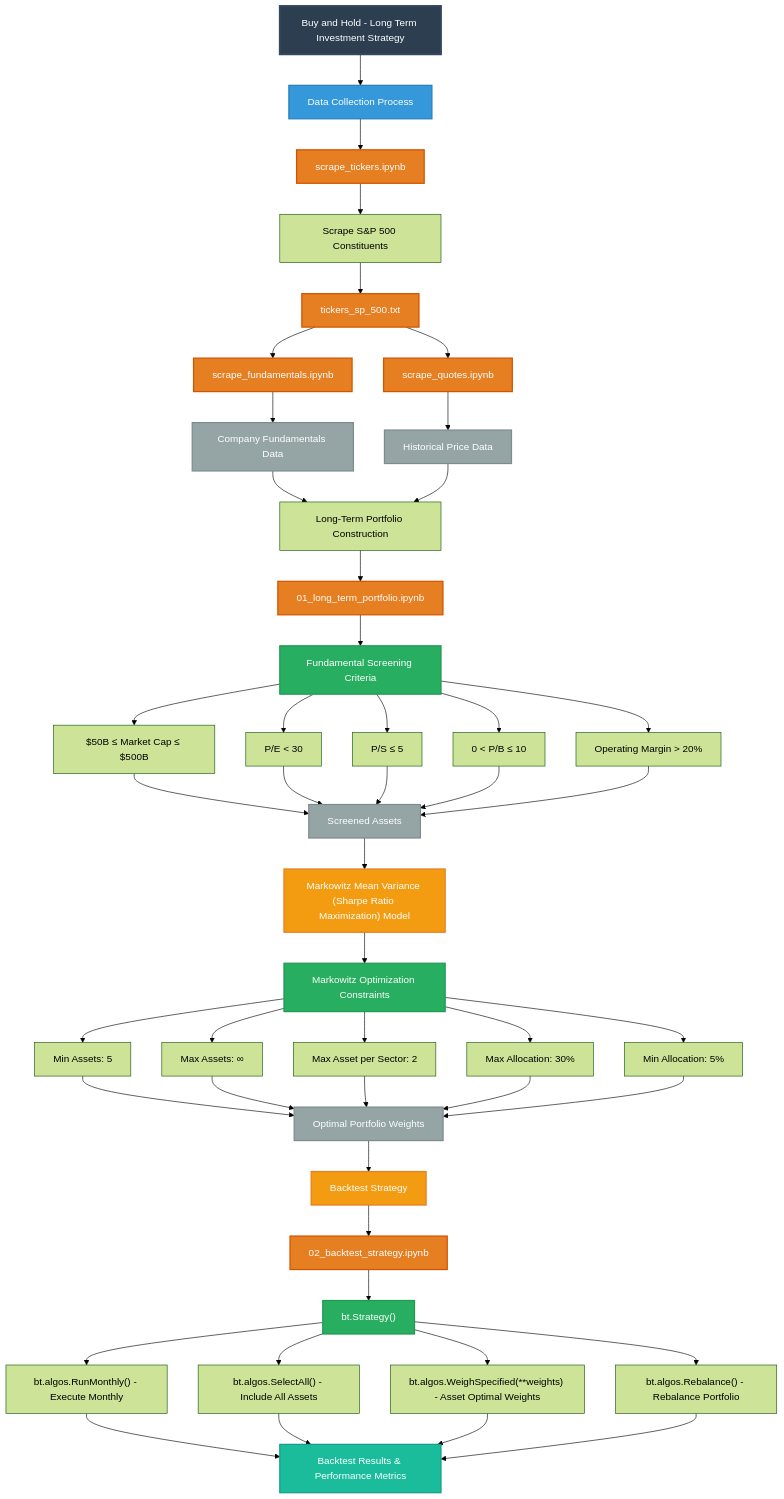
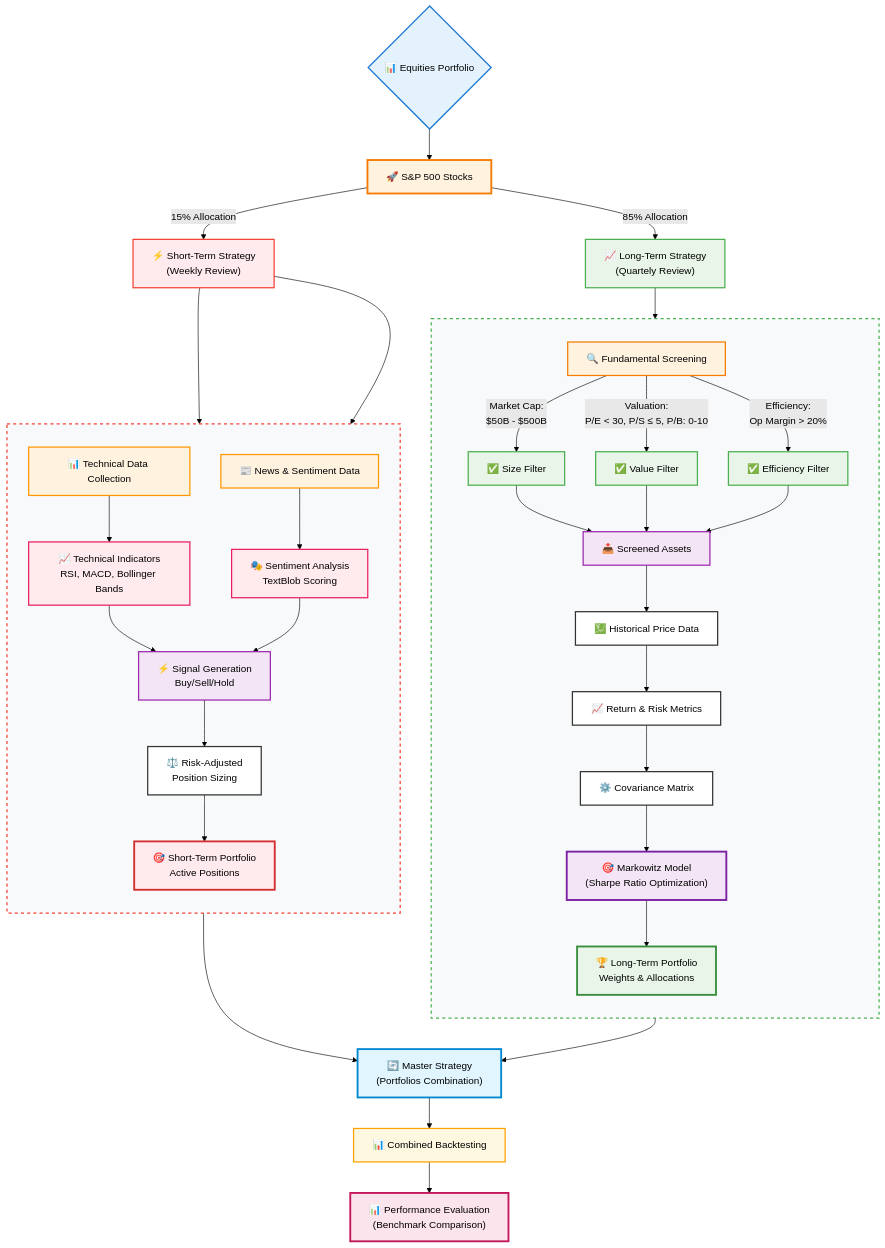
The second of 2 diagrams in README.md (renan-peres/mfin-algo-trading-team), drawn with Mermaid (forest theme) before and after one commit. The commit also changed other lines of this file, not shown here.

Commit message:
Mermaid Diagram Update

````diff
--- a/README.md
+++ b/README.md
@@ -90,90 +94,108 @@
 ```mermaid
 flowchart TD
-    Title[Buy and Hold - Long Term Investment Strategy]
+    Start{📊 Equities Portfolio} --> Split[🚀 S&P 500 Stocks]
     
-    %% Data Collection Phase
-    Title --> A[Data Collection Process]
-    A --> B[scrape_tickers.ipynb]
-    B --> B1[Scrape S&P 500 Constituents]
-    B1 --> B2[tickers_sp_500.txt]
+    Split -->|"85% Allocation"| LongTerm["📈 Long-Term Strategy<br/>(Quartely Review)"]
+    Split -->|"15% Allocation"| ShortTerm["⚡ Short-Term Strategy<br/>(Weekly Review)"]
     
-    %% Parallel Data Scraping
-    B2 --> C1[scrape_fundamentals.ipynb]
-    B2 --> D1[scrape_quotes.ipynb]
-    C1 --> C1_OUT[Company Fundamentals Data]
-    D1 --> D1_OUT[Historical Price Data]
+    %% Long-Term Portfolio Flow
+    LongTerm --> Screen[🔍 Fundamental Screening]
     
-    %% Portfolio Construction Phase
-    C1_OUT --> F[Long-Term Portfolio Construction]
-    D1_OUT --> F
-    F --> G[01_long_term_portfolio.ipynb]
+    Screen -->|"Market Cap:<br/>$50B - $500B"| Valid1[✅ Size Filter]
+    Screen -->|"Valuation:<br/>P/E < 30, P/S ≤ 5, P/B: 0-10"| Valid2[✅ Value Filter]
+    Screen -->|"Efficiency:<br/>Op Margin > 20%"| Valid3[✅ Efficiency Filter]
     
-    %% Screening Criteria
-    G --> C2[Fundamental Screening Criteria]
-    C2 --> C3[$50B ≤ Market Cap ≤ $500B]
-    C2 --> C4[P/E < 30]
-    C2 --> C5[P/S ≤ 5]
-    C2 --> C6[0 < P/B ≤ 10]
-    C2 --> C7[Operating Margin > 20%]
+    Valid1 --> Collect[📥 Screened Assets]
+    Valid2 --> Collect
+    Valid3 --> Collect
     
-    %% Screened Results
-    C3 --> C8[Screened Assets]
-    C4 --> C8
-    C5 --> C8
-    C6 --> C8
-    C7 --> C8
+    Collect --> Price[💹 Historical Price Data]
+    Price --> Returns[📈 Return & Risk Metrics]
+    Returns --> Covariance[⚙️ Covariance Matrix]
     
-    %% Portfolio Optimization
-    C8 --> G1["Markowitz Mean Variance (Sharpe Ratio Maximization) Model"]
+    Covariance --> Optimize["🎯 Markowitz Model<br/>(Sharpe Ratio Optimization)"]
     
-    %% Optimization Constraints
-    G1 --> CONSTRAINTS[Markowitz Optimization Constraints]
-    CONSTRAINTS --> G2[Min Assets: 5]
-    CONSTRAINTS --> G3[Max Assets: ∞]
-    CONSTRAINTS --> G4[Max Asset per Sector: 2]
-    CONSTRAINTS --> G5[Max Allocation: 30%]
-    CONSTRAINTS --> G6[Min Allocation: 5%]
+    Optimize --> LongPortfolio[🏆 Long-Term Portfolio<br/>Weights & Allocations]
     
-    %% Optimized Portfolio Output
-    G2 --> OPTIMAL[Optimal Portfolio Weights]
-    G3 --> OPTIMAL
-    G4 --> OPTIMAL
-    G5 --> OPTIMAL
-    G6 --> OPTIMAL
+    %% Short-Term Portfolio Flow
+    ShortTerm --> TechData[📊 Technical Data Collection]
+    ShortTerm --> NewsData[📰 News & Sentiment Data]
     
-    %% Backtesting Phase
-    OPTIMAL --> H[Backtest Strategy]
-    H --> I[02_backtest_strategy.ipynb]
-    I --> J["bt.Strategy()"]
-
-    J --> J1["bt.algos.RunMonthly() - Execute Monthly"]
-    J --> J2["bt.algos.SelectAll() - Include All Assets"]
-    J --> J3["bt.algos.WeighSpecified(**weights) - Asset Optimal Weights"]
-    J --> J4["bt.algos.Rebalance() - Rebalance Portfolio"]
+    TechData --> Indicators[📈 Technical Indicators<br/>RSI, MACD, Bollinger Bands]
+    NewsData --> Sentiment[🎭 Sentiment Analysis<br/>TextBlob Scoring]
     
-    %% Final Output
-    J1 --> RESULTS[Backtest Results & Performance Metrics]
-    J2 --> RESULTS
-    J3 --> RESULTS
-    J4 --> RESULTS
+    Indicators --> SignalGen[⚡ Signal Generation<br/>Buy/Sell/Hold]
+    Sentiment --> SignalGen
+    
+    SignalGen --> RiskSize[⚖️ Risk-Adjusted<br/>Position Sizing]
+    RiskSize --> ShortPortfolio[🎯 Short-Term Portfolio<br/>Active Positions]
+    
+    %% Combined Flow
+    LongPortfolio --> CombinePort["🔄 Master Strategy <br/>(Portfolios Combination)"]
+    ShortPortfolio --> CombinePort
+    
+    CombinePort --> FinalBacktest[📊 Combined Backtesting]
+    FinalBacktest --> FinalEval["📊 Performance Evaluation<br/>(Benchmark Comparison)"]
     
     %% Styling
-    style Title fill:#2c3e50,stroke:#34495e,stroke-width:3px,color:#ffffff
-    style A fill:#3498db,stroke:#2980b9,stroke-width:2px,color:#ffffff
-    style B fill:#e67e22,stroke:#d35400,stroke-width:2px,color:#ffffff
-    style C1 fill:#e67e22,stroke:#d35400,stroke-width:2px,color:#ffffff
-    style D1 fill:#e67e22,stroke:#d35400,stroke-width:2px,color:#ffffff
-    style G fill:#e67e22,stroke:#d35400,stroke-width:2px,color:#ffffff
-    style I fill:#e67e22,stroke:#d35400,stroke-width:2px,color:#ffffff
-    style B2 fill:#e67e22,stroke:#d35400,stroke-width:2px,color:#ffffff
-    style C1_OUT fill:#95a5a6,stroke:#7f8c8d,stroke-width:2px,color:#ffffff
-    style D1_OUT fill:#95a5a6,stroke:#7f8c8d,stroke-width:2px,color:#ffffff
-    style C2 fill:#27ae60,stroke:#229954,stroke-width:2px,color:#ffffff
-    style C8 fill:#95a5a6,stroke:#7f8c8d,stroke-width:2px,color:#ffffff
-    style G1 fill:#f39c12,stroke:#e67e22,stroke-width:2px,color:#ffffff
-    style CONSTRAINTS fill:#27ae60,stroke:#229954,stroke-width:2px,color:#ffffff
-    style OPTIMAL fill:#95a5a6,stroke:#7f8c8d,stroke-width:2px,color:#ffffff
-    style H fill:#f39c12,stroke:#e67e22,stroke-width:2px,color:#ffffff
-    style J fill:#27ae60,stroke:#229954,stroke-width:2px,color:#ffffff
-    style RESULTS fill:#1abc9c,stroke:#16a085,stroke-width:2px,color:#ffffff
+    style Start fill:#e3f2fd,stroke:#1976d2,stroke-width:2px,color:#000000
+    style Split fill:#fff3e0,stroke:#f57c00,stroke-width:3px,color:#000000
+    style LongTerm fill:#e8f5e8,stroke:#4caf50,stroke-width:2px,color:#000000
+    style ShortTerm fill:#ffebee,stroke:#f44336,stroke-width:2px,color:#000000
+    
+    %% Long-term styling
+    style Screen fill:#fff3e0,stroke:#f57c00,stroke-width:2px,color:#000000
+    style Valid1 fill:#e8f5e8,stroke:#4caf50,stroke-width:2px,color:#000000
+    style Valid2 fill:#e8f5e8,stroke:#4caf50,stroke-width:2px,color:#000000
+    style Valid3 fill:#e8f5e8,stroke:#4caf50,stroke-width:2px,color:#000000
+    style Collect fill:#f3e5f5,stroke:#9c27b0,stroke-width:2px,color:#000000
+    style Price fill:#ffffff,stroke:#333333,stroke-width:2px,color:#000000
+    style Returns fill:#ffffff,stroke:#333333,stroke-width:2px,color:#000000
+    style Covariance fill:#ffffff,stroke:#333333,stroke-width:2px,color:#000000
+    style Optimize fill:#f3e5f5,stroke:#7b1fa2,stroke-width:3px,color:#000000
+    style LongPortfolio fill:#e8f5e8,stroke:#388e3c,stroke-width:3px,color:#000000
+    
+    %% Short-term styling
+    style TechData fill:#fff3e0,stroke:#ff9800,stroke-width:2px,color:#000000
+    style NewsData fill:#fff3e0,stroke:#ff9800,stroke-width:2px,color:#000000
+    style Indicators fill:#ffebee,stroke:#e91e63,stroke-width:2px,color:#000000
+    style Sentiment fill:#ffebee,stroke:#e91e63,stroke-width:2px,color:#000000
+    style SignalGen fill:#f3e5f5,stroke:#9c27b0,stroke-width:2px,color:#000000
+    style RiskSize fill:#ffffff,stroke:#333333,stroke-width:2px,color:#000000
+    style ShortPortfolio fill:#ffebee,stroke:#d32f2f,stroke-width:3px,color:#000000
+    
+    %% Combined styling
+    style CombinePort fill:#e1f5fe,stroke:#0288d1,stroke-width:3px,color:#000000
+    style FinalBacktest fill:#fff8e1,stroke:#ffa000,stroke-width:2px,color:#000000
+    style FinalEval fill:#fce4ec,stroke:#c2185b,stroke-width:3px,color:#000000
+    
+    %% Subgraphs positioned side by side
+    subgraph LongTermFlow[" "]
+        direction TB
+        Screen
+        Valid1
+        Valid2
+        Valid3
+        Collect
+        Price
+        Returns
+        Covariance
+        Optimize
+        LongPortfolio
+    end
+    
+    subgraph ShortTermFlow[" "]
+        direction TB
+        TechData
+        NewsData
+        Indicators
+        Sentiment
+        SignalGen
+        RiskSize
+        ShortPortfolio
+    end
+    
+    %% Subgraph styling
+    style LongTermFlow fill:#f8f9fa,stroke:#4caf50,stroke-width:2px,stroke-dasharray: 5 5
+    style ShortTermFlow fill:#f8f9fa,stroke:#f44336,stroke-width:2px,stroke-dasharray: 5 5
 ```
````
